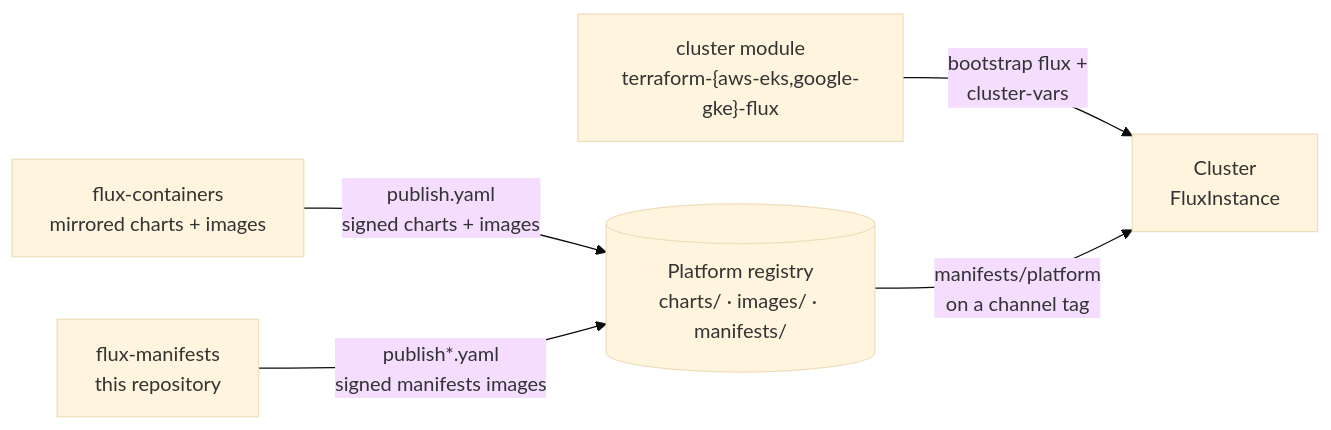
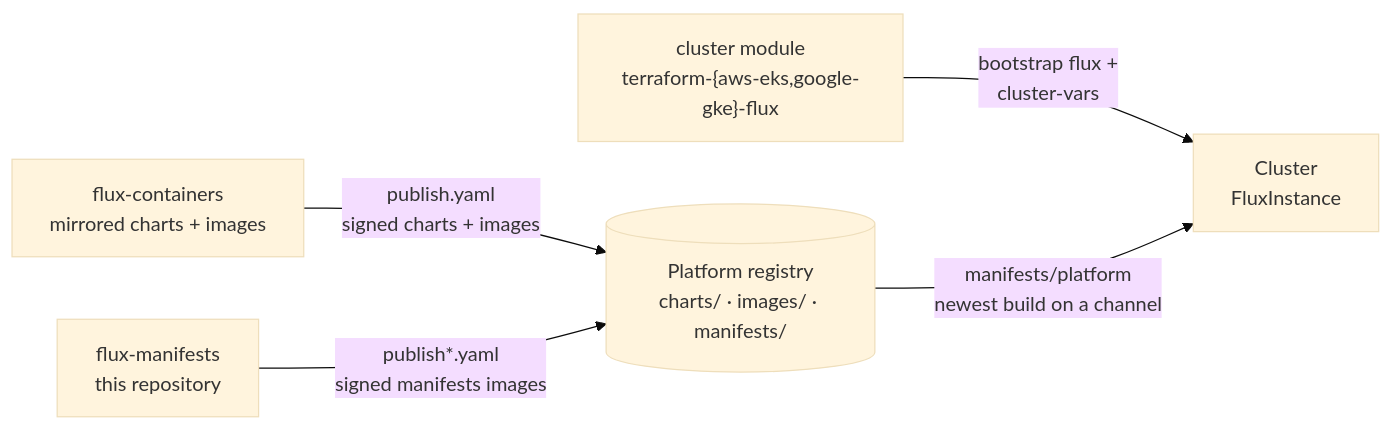
The diagram in docs/getting-started/index.md (bitwise-media-group/flux-manifests), drawn with Mermaid (base theme) before and after one commit. The commit also changed other lines of this file and 42 other files, not shown here.

````diff
--- a/docs/getting-started/index.md
+++ b/docs/getting-started/index.md
@@ -19,12 +18,12 @@
 ```mermaid
 flowchart LR
   fc["flux-containers<br/>mirrored charts + images"]
   fm["flux-manifests<br/>this repository"]
   tf["cluster module<br/>terraform-{aws-eks,google-gke}-flux"]
   reg[("Platform registry<br/>charts/ · images/ · manifests/")]
   k8s["Cluster<br/>FluxInstance"]
   fc -- "publish.yaml<br/>signed charts + images" --> reg
   fm -- "publish*.yaml<br/>signed manifests images" --> reg
   tf -- "bootstrap flux +<br/>cluster-vars" --> k8s
-  reg -- "manifests/platform<br/>on a channel tag" --> k8s
+  reg -- "manifests/platform<br/>newest build on a channel" --> k8s
 ```
````
